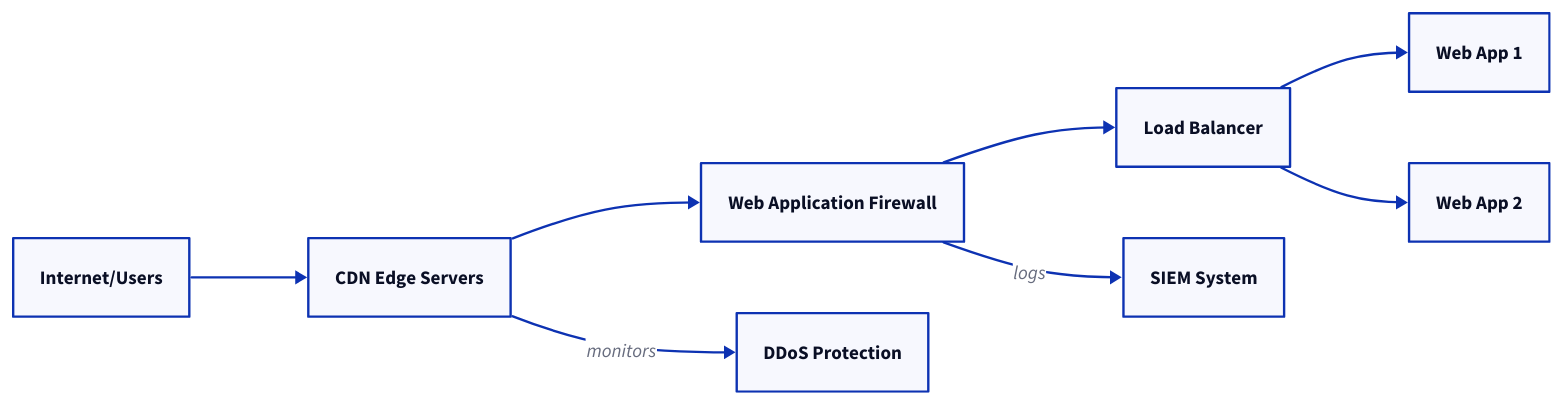
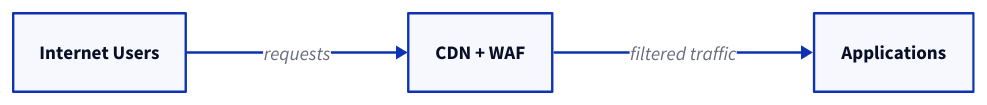
Before and after one commit to wagov-dtt/architecture-decision-records: the diagram in security/016-edge-protection.md, drawn with D2. The commit also changed other lines of this file and 18 other files, not shown here.

First line of the commit message:
docs: simplify diagrams and improve ADR clarity

````diff
--- a/security/016-edge-protection.md
+++ b/security/016-edge-protection.md
@@ -32,20 +32,10 @@
 ```d2
 direction: right
 
-Internet: Internet/Users
-CDN: CDN Edge Servers
-WAF: Web Application Firewall
-LoadBalancer: Load Balancer
-App1: Web App 1
-App2: Web App 2
-Shield: DDoS Protection
-SIEM: SIEM System
+users: Internet Users
+cdn: CDN + WAF
+apps: Applications
 
-Internet -> CDN -> WAF -> LoadBalancer
-LoadBalancer -> App1
-LoadBalancer -> App2
-CDN -> Shield: monitors
-WAF -> SIEM: logs
-
-
+users -> cdn: requests
+cdn -> apps: filtered traffic
 ```
````
